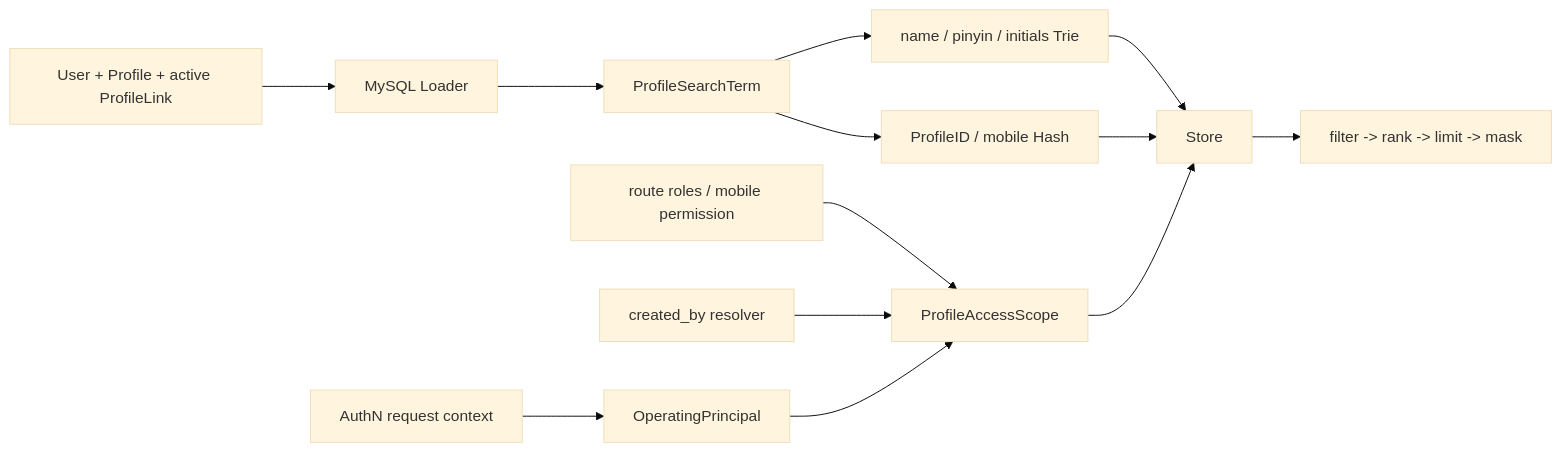
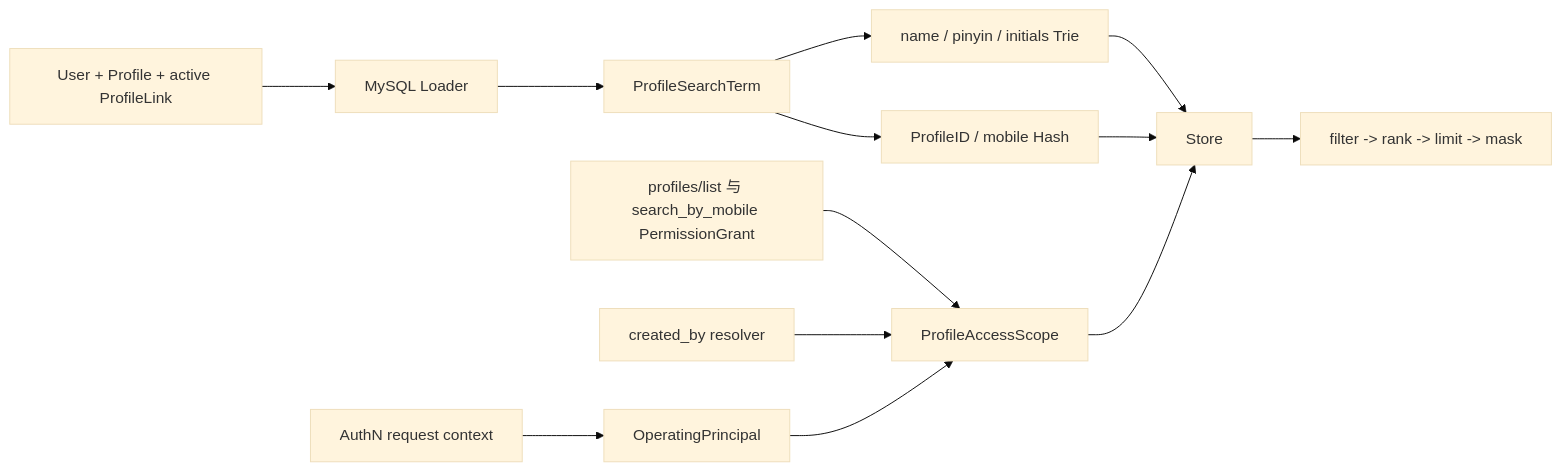
The diagram in docs/02-业务模块/05-Suggest/00-模块总览.md (FangcunMount/iam), drawn with Mermaid (base theme) before and after one commit. The commit also changed other lines of this file and 51 other files, not shown here.

Commit message:
refactor(docs): 更新架构图并增强AuthZ文档 - 修订README.md中的软件架构部分，包含更新后的图表和SVG源文件。 - 增强AuthZ的API文档，明确角色管理和权限授予流程。 - 在AuthZ领域模型中增加直接角色和有效角色的详细说明。 - 提高AuthZ模块中各个组件之间关系的清晰度，包括约束和资源管理。 - 更新会话管理文档，新增管理员会话撤销路由及其授权要求。

````diff
--- a/docs/02-业务模块/05-Suggest/00-模块总览.md
+++ b/docs/02-业务模块/05-Suggest/00-模块总览.md
@@ -30,15 +30,15 @@
 ```mermaid
 flowchart LR
     Facts["User + Profile + active ProfileLink"] --> Loader["MySQL Loader"]
     Loader --> Term["ProfileSearchTerm"]
     Term --> Trie["name / pinyin / initials Trie"]
     Term --> Hash["ProfileID / mobile Hash"]
     JWT["AuthN request context"] --> Principal["OperatingPrincipal"]
-    AuthZ["route roles / mobile permission"] --> Scope["ProfileAccessScope"]
+    AuthZ["profiles/list 与 search_by_mobile PermissionGrant"] --> Scope["ProfileAccessScope"]
     Visibility["created_by resolver"] --> Scope
     Principal --> Scope
     Trie --> Store["Store"]
     Hash --> Store
     Scope --> Store
     Store --> Result["filter -> rank -> limit -> mask"]
 ```
````
